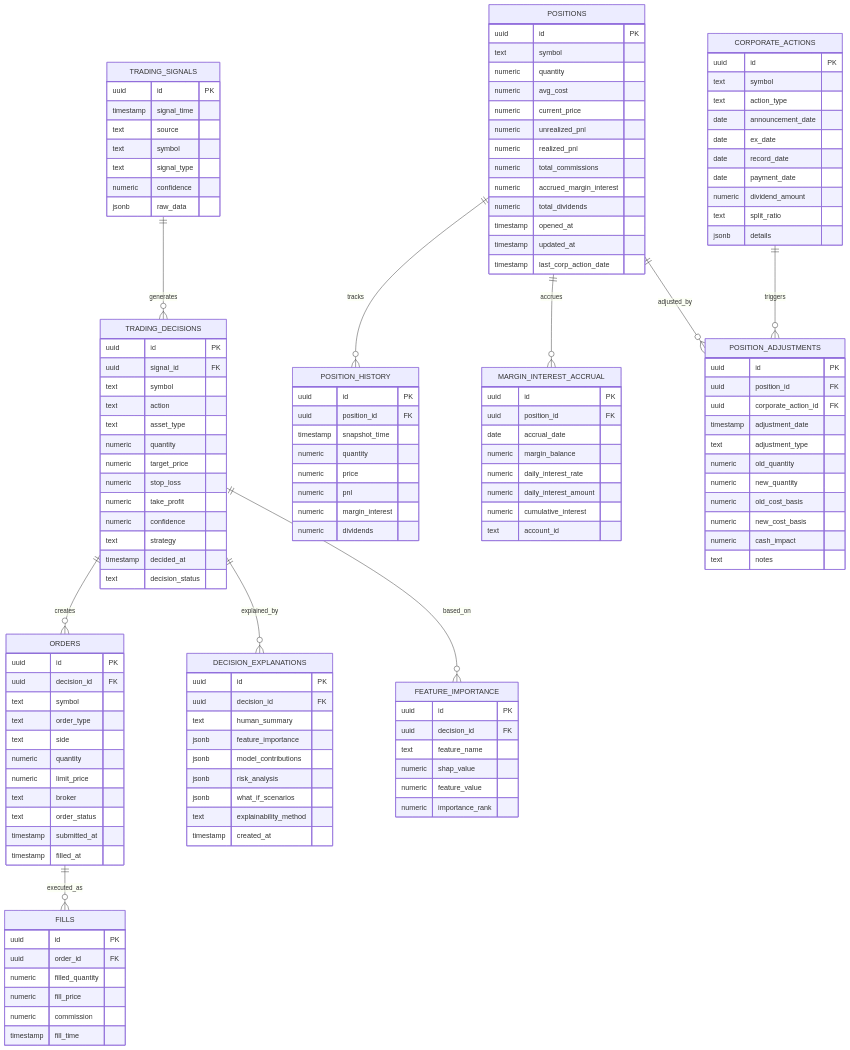
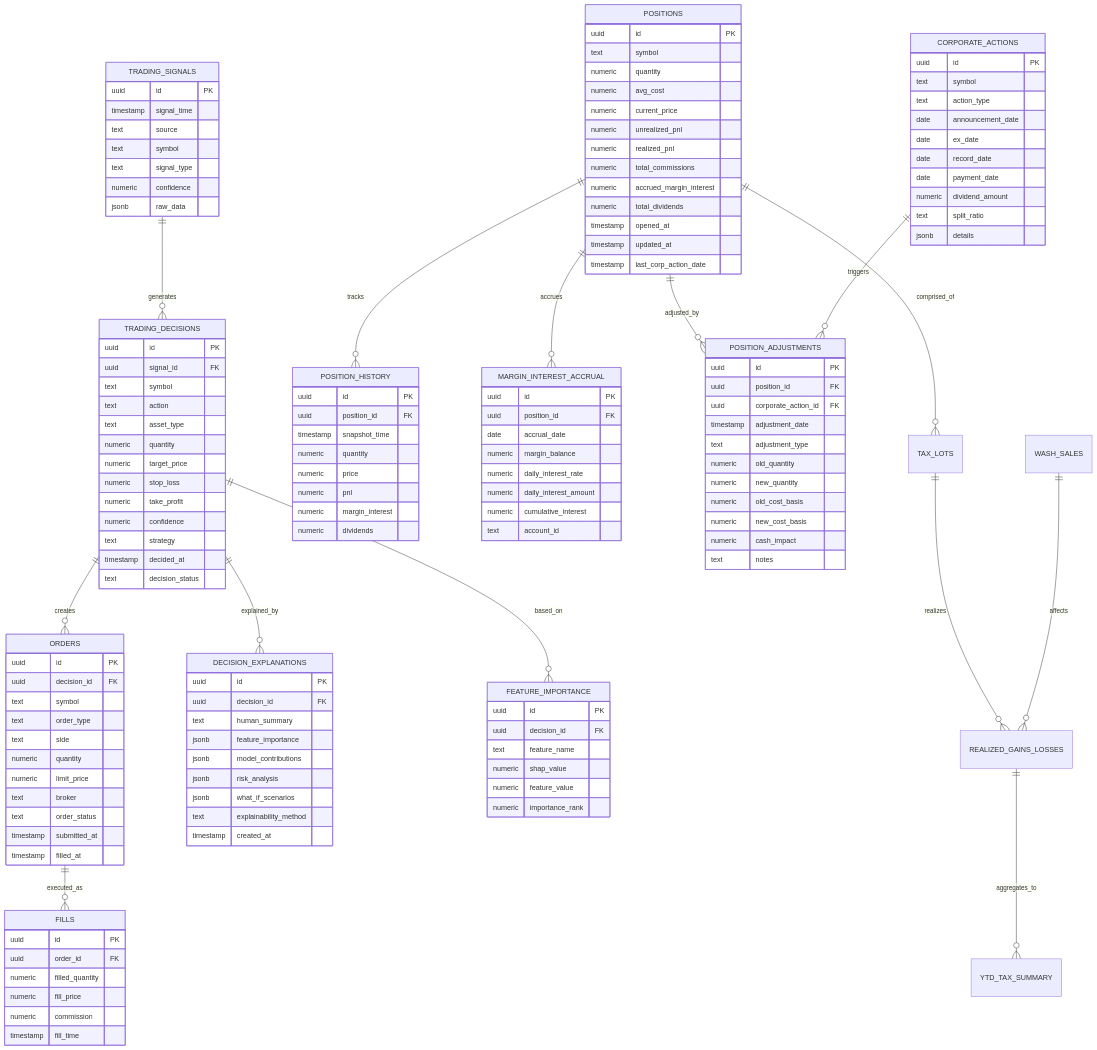
Before and after one commit to oldboldpilot/BigBrotherAnalytics: diagram 15 of 20 in docs/architecture/intelligent-trading-decision-engine.md, drawn with Mermaid. The commit also changed other lines of this file and 1 other file, not shown here.

First line of the commit message:
feat(tax): Add comprehensive tax calculation and reporting requirements

```diff
--- a/docs/architecture/intelligent-trading-decision-engine.md
+++ b/docs/architecture/intelligent-trading-decision-engine.md
@@ -1366,6 +1366,10 @@
     POSITIONS ||--o{ MARGIN_INTEREST_ACCRUAL : "accrues"
     POSITIONS ||--o{ POSITION_ADJUSTMENTS : "adjusted_by"
     CORPORATE_ACTIONS ||--o{ POSITION_ADJUSTMENTS : "triggers"
+    POSITIONS ||--o{ TAX_LOTS : "comprised_of"
+    TAX_LOTS ||--o{ REALIZED_GAINS_LOSSES : "realizes"
+    WASH_SALES ||--o{ REALIZED_GAINS_LOSSES : "affects"
+    REALIZED_GAINS_LOSSES ||--o{ YTD_TAX_SUMMARY : "aggregates_to"
 
     TRADING_SIGNALS {
         uuid id PK
```
